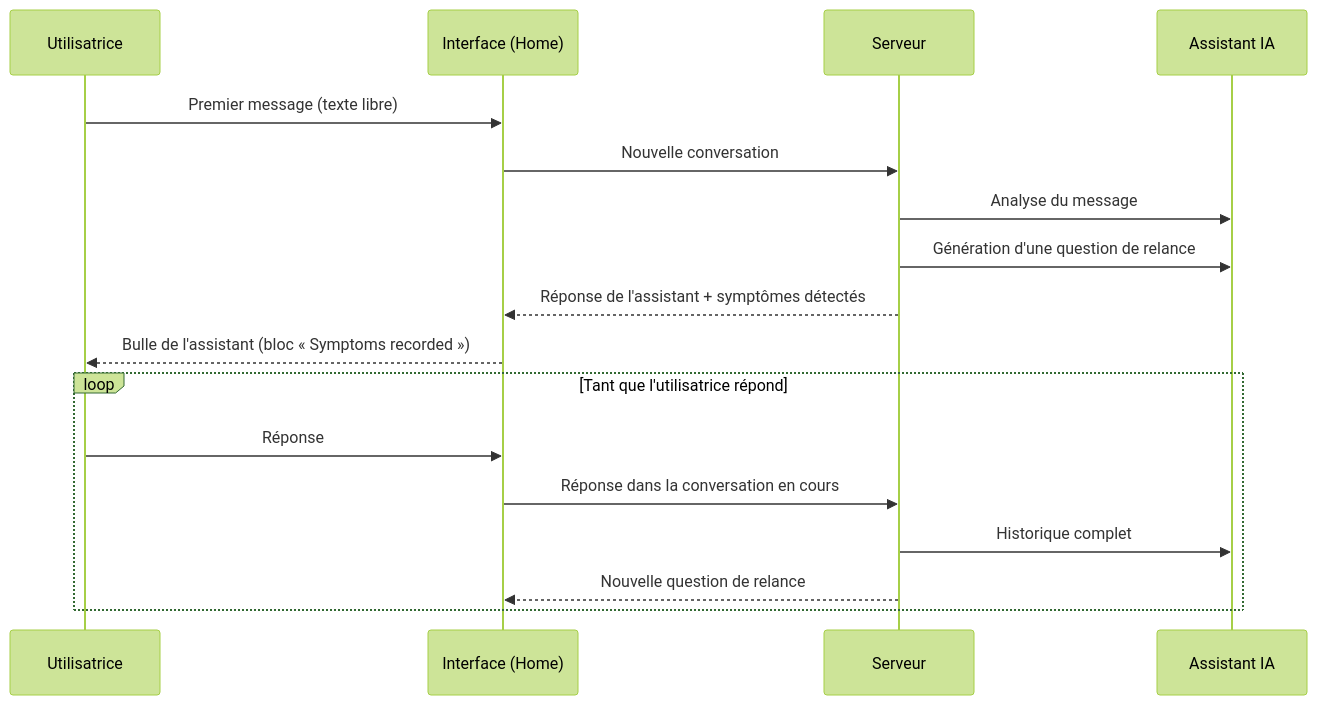
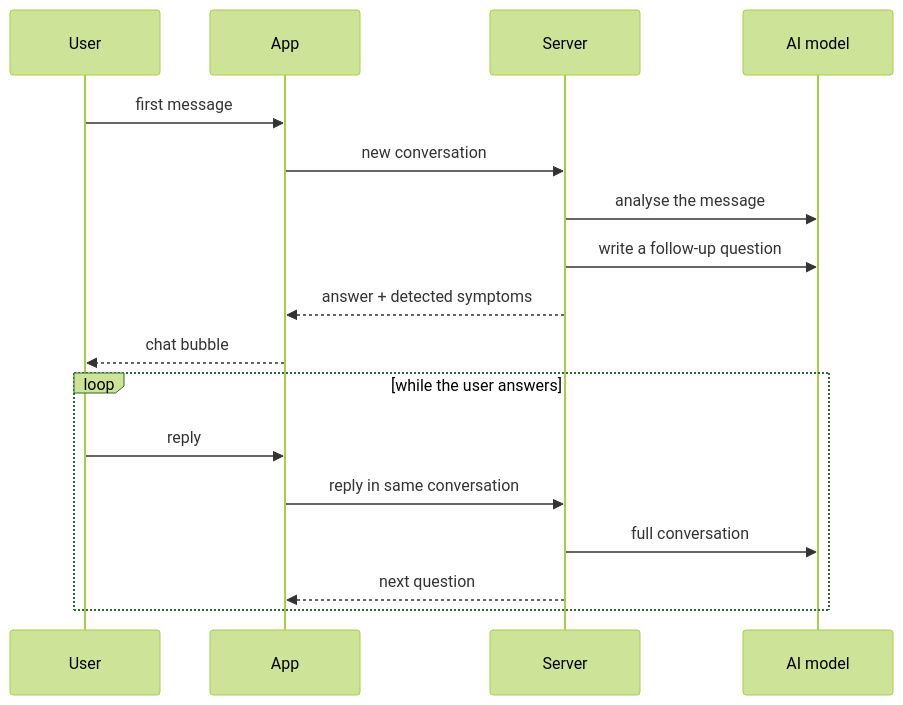
One commit to EtiennePellissier/ENDOless-project changed the fourth of 5 diagrams in ux2/ux-flows.md. Above: the diagram before and after it, drawn with Mermaid (forest theme). The commit also changed other lines of this file, not shown here.

First line of the commit message:
Revise UX flows documentation with detailed user navigation

````diff
--- a/ux2/ux-flows.md
+++ b/ux2/ux-flows.md
@@ -101,19 +168,19 @@
 ```mermaid
 sequenceDiagram
-    participant U as Utilisatrice
-    participant UI as Interface (Home)
-    participant API as Serveur
-    participant IA as Assistant IA
-    U->>UI: Premier message (texte libre)
-    UI->>API: Nouvelle conversation
-    API->>IA: Analyse du message
-    API->>IA: Génération d'une question de relance
-    API-->>UI: Réponse de l'assistant + symptômes détectés
-    UI-->>U: Bulle de l'assistant (bloc « Symptoms recorded »)
-    loop Tant que l'utilisatrice répond
-        U->>UI: Réponse
-        UI->>API: Réponse dans la conversation en cours
-        API->>IA: Historique complet
-        API-->>UI: Nouvelle question de relance
+    participant U as User
+    participant A as App
+    participant S as Server
+    participant AI as AI model
+    U->>A: first message
+    A->>S: new conversation
+    S->>AI: analyse the message
+    S->>AI: write a follow-up question
+    S-->>A: answer + detected symptoms
+    A-->>U: chat bubble
+    loop while the user answers
+        U->>A: reply
+        A->>S: reply in same conversation
+        S->>AI: full conversation
+        S-->>A: next question
     end
 ```
````
